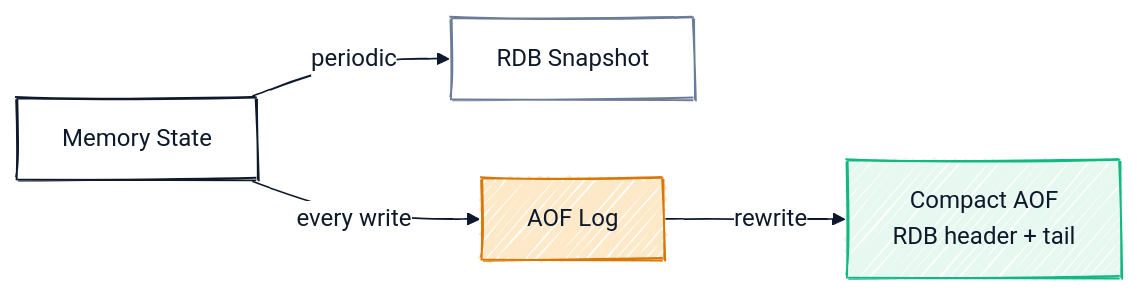
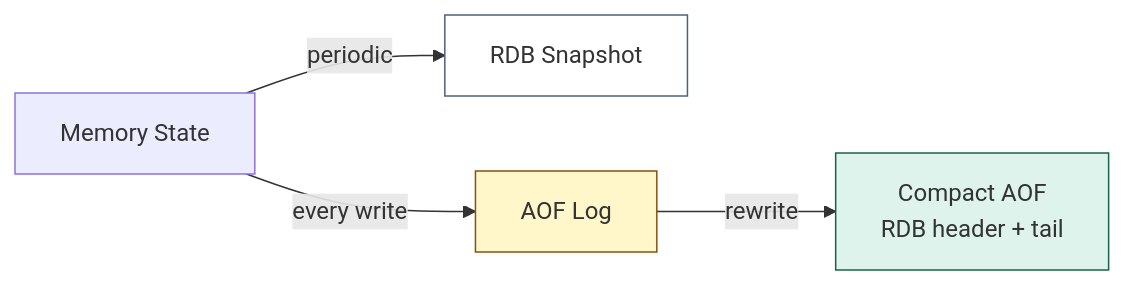
One commit to cartmancodes/InterviewVault changed the fourth of 13 diagrams in LLD/CoreConcepts/Redis.md. Above: the diagram before and after it, drawn with Mermaid. The commit also changed other lines of this file and 679 other files, not shown here.

Commit message:
Unify content diagrams and add accessible visual walkthroughs

````diff
--- a/LLD/CoreConcepts/Redis.md
+++ b/LLD/CoreConcepts/Redis.md
@@ -232,24 +190,10 @@
 ```mermaid
----
-config:
-  look: handDrawn
-  handDrawnSeed: 7
-  theme: base
-  themeVariables:
-    primaryColor: "#FFFFFF"
-    primaryBorderColor: "#0E1A2B"
-    primaryTextColor: "#0E1A2B"
-    lineColor: "#0E1A2B"
-    clusterBkg: "#FFFFFF"
-    clusterBorder: "#6B7C96"
-    edgeLabelBackground: "#FFFFFF"
----
 graph LR
     M[Memory State] -->|periodic| RDB[RDB Snapshot]
     M -->|every write| AOF[AOF Log]
     AOF -->|rewrite| AOFC[Compact AOF<br/>RDB header + tail]
 
-    style RDB fill:#FFFFFF,stroke:#6B7C96
-    style AOF fill:#FDE9C8,stroke:#D97706
-    style AOFC fill:#E7F8F1,stroke:#10B981
+    style RDB fill:#FFFFFF,stroke:#4F5F79
+    style AOF fill:#FFF6C9,stroke:#85520B
+    style AOFC fill:#DDF3EC,stroke:#176349
 ```
````
